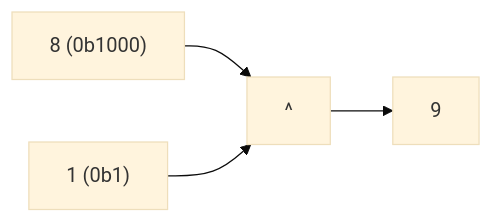
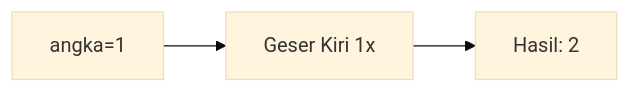
The ninth of 25 diagrams in part-c-pemahaman-cpp/06-bitwise/latihan/set-03.md (amnahwaida/OSNK_INF_PREP), drawn with Mermaid (base theme) before and after one commit. The commit also changed other lines of this file and 71 other files, not shown here.

````diff
--- a/part-c-pemahaman-cpp/06-bitwise/latihan/set-03.md
+++ b/part-c-pemahaman-cpp/06-bitwise/latihan/set-03.md
@@ -233,6 +238,5 @@
 ```mermaid
 graph LR
-A["8 (0b1000)"] --> C["^"]
-B["1 (0b1)"] --> C
-C --> D["9"]
+A["angka=1"] --> B["Geser Kiri 1x"]
+B --> C["Hasil: 2"]
 ```
````
